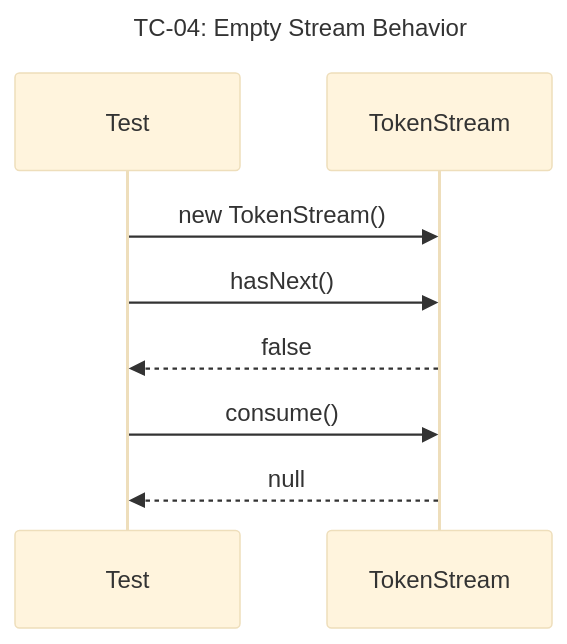
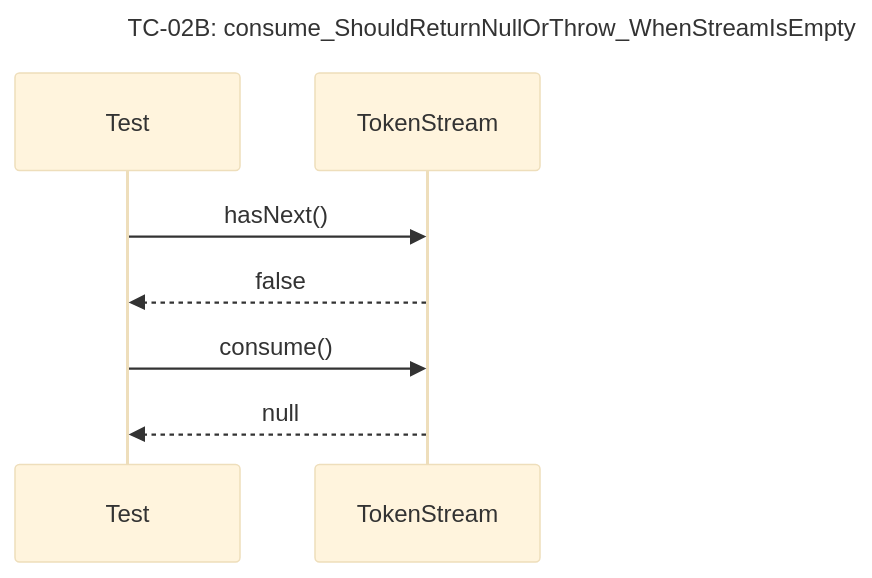
The ninth of 41 diagrams in docs/unit_test/query_prossor/SequeceTestCase.md (Dikhang1112/Database_Management_BBV), drawn with Mermaid (base theme) before and after one commit. The commit also changed other lines of this file and 6 other files, not shown here.

Commit message:
Add docs sequece diagram and scenario testcase

````diff
--- a/docs/unit_test/query_prossor/SequeceTestCase.md
+++ b/docs/unit_test/query_prossor/SequeceTestCase.md
@@ -61,12 +116,11 @@
 ```mermaid
 sequenceDiagram
-    title TC-04: Empty Stream Behavior
+    title TC-02B: consume_ShouldReturnNullOrThrow_WhenStreamIsEmpty
     participant Test
     participant TokenStream
 
-    Test->>TokenStream: new TokenStream()
     Test->>TokenStream: hasNext()
     TokenStream-->>Test: false
     Test->>TokenStream: consume()
     TokenStream-->>Test: null
 ```
````
